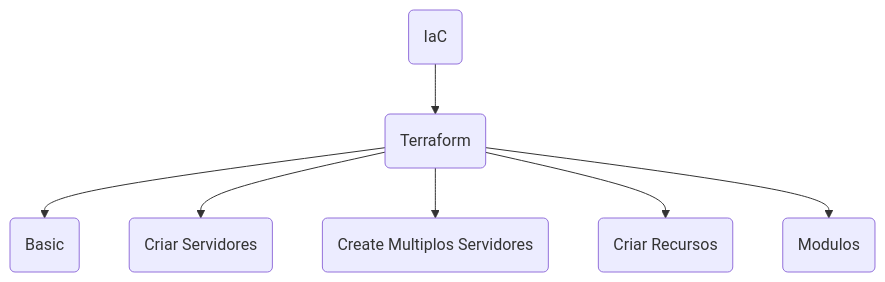
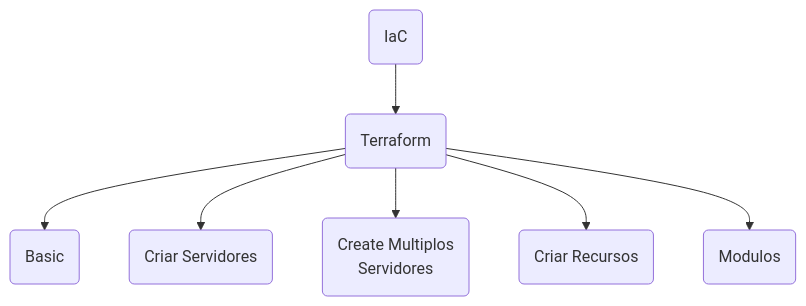
The sixth of 17 diagrams in docs/recipe_60pportunities_felicidade_003.md (60pportunities/documentacao), drawn with Mermaid before and after one commit. The commit also changed other lines of this file and 2 other files, not shown here.

````diff
--- a/docs/recipe_60pportunities_felicidade_003.md
+++ b/docs/recipe_60pportunities_felicidade_003.md
@@ -54,5 +73,5 @@
 ```mermaid
 flowchart TD
    id6(IaC)     --> id601(Terraform)
-   id601        --> id60101(Basic) & id60102(Criar Servidores) & id60103(Create Multiplos Servidores) & id60104(Criar Recursos) & id60105(Modulos)
+   id601        --> id60101(Basic) & id60102(Criar Servidores) & id60103(Create Multiplos</br> Servidores) & id60104(Criar Recursos) & id60105(Modulos)
 ```
````
